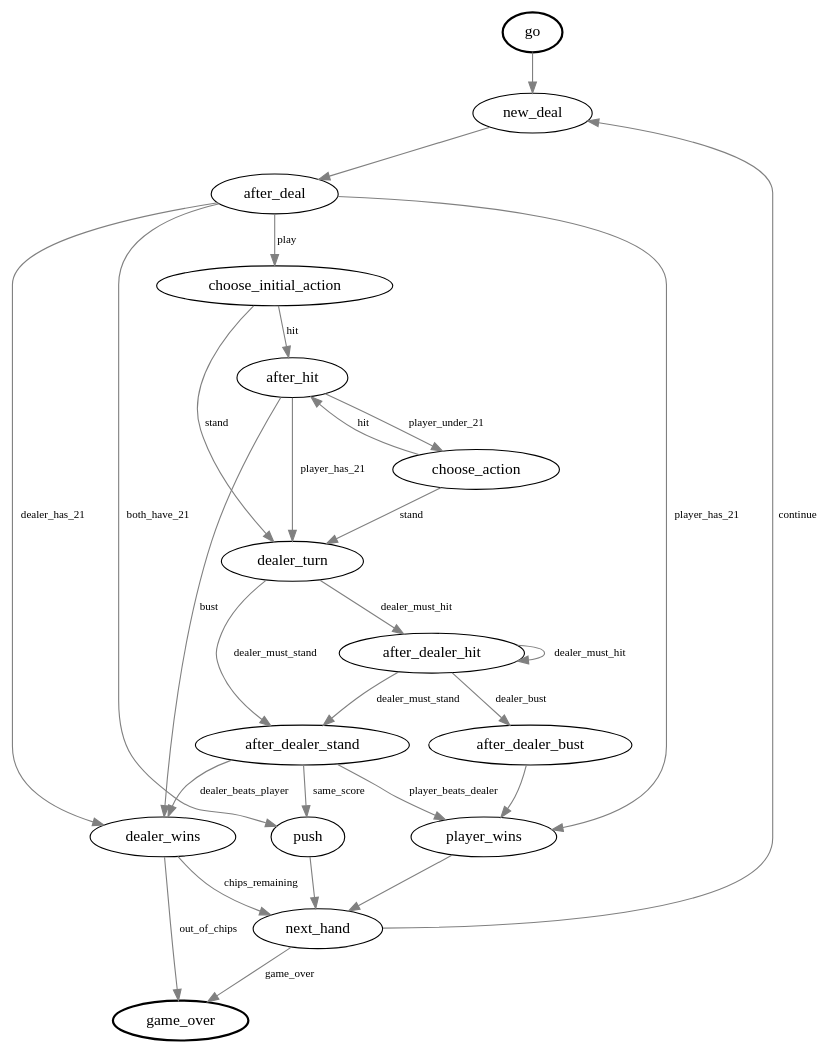
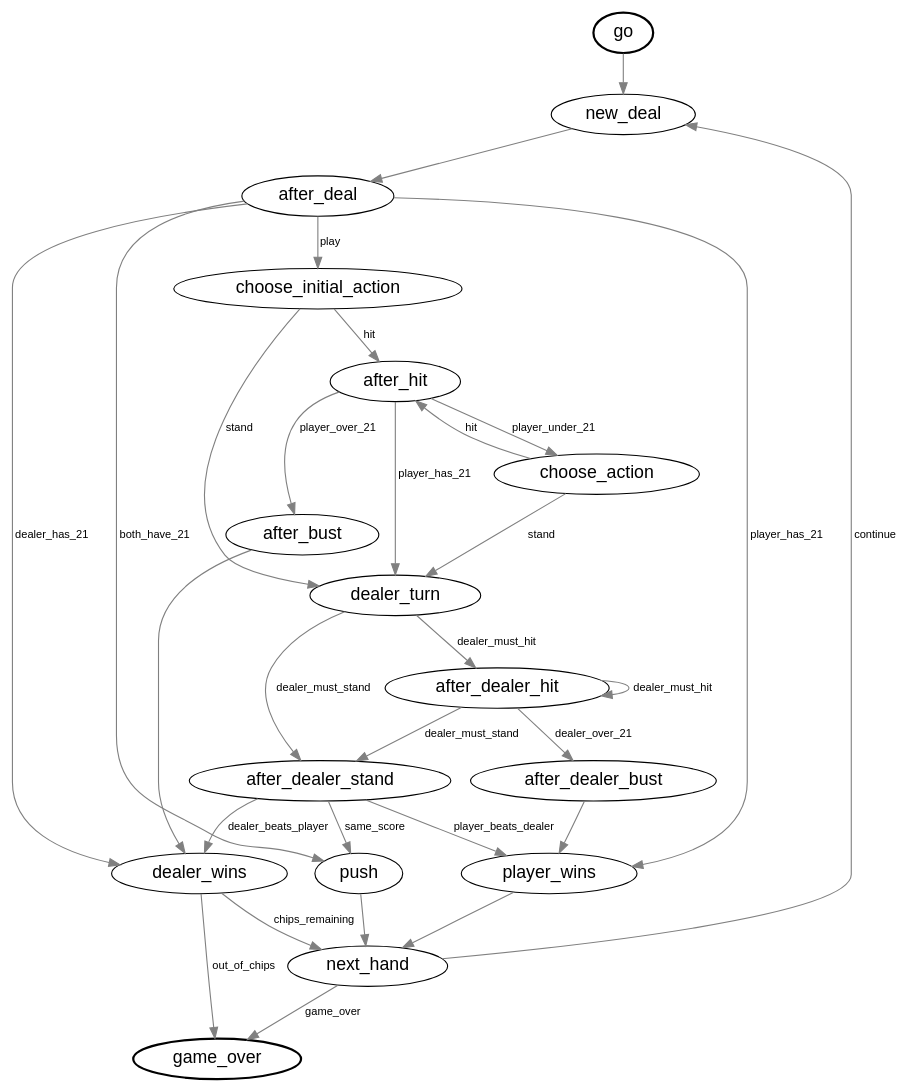
Before and after one commit to kristopherjohnson/blackjack-prolog: the diagram in blackjack_sm.gv, drawn with Graphviz. The commit also changed 5 other files, not shown here.

```diff
--- a/blackjack_sm.gv
+++ b/blackjack_sm.gv
@@ -1,54 +1,58 @@
 /* State machine diagram for Blackjack           */
 /*                                               */
 /* Build with Graphviz:                          */
 /*                                               */
 /*  dot -Tpng blackjack_sm.gv >blackjack_sm.png  */
 
 digraph blackjack {
 
-edge [ fontsize=10, color=gray, arrowtail=odot ];
+node [ fontname="helvetica", fontsize=16 ];
+
+edge [ fontname="helvetica", fontsize=10, color=gray ];
 
 go        [ style=bold ];
 game_over [ style=bold ];
 
 go -> new_deal;
 
 new_deal -> after_deal;
 
 next_hand -> new_deal                  [ label="continue" ];
 next_hand -> game_over                 [ label="game_over"     ];
 
 player_wins -> next_hand;
 push -> next_hand;
 dealer_wins -> next_hand               [ label="chips_remaining" ];
 dealer_wins -> game_over               [ label="out_of_chips" ];
 
 after_deal -> push                     [ label="both_have_21" ];
 after_deal -> player_wins              [ label="player_has_21" ];
 after_deal -> dealer_wins              [ label="dealer_has_21" ];
 after_deal -> choose_initial_action    [ label="play" ];
 
 choose_initial_action -> after_hit     [ label="hit" ];
 choose_initial_action -> dealer_turn   [ label="stand" ];
 
-after_hit -> dealer_wins               [ label="bust" ];
+after_hit -> after_bust                [ label="player_over_21" ];
 after_hit -> dealer_turn               [ label="player_has_21" ];
 after_hit -> choose_action             [ label="player_under_21" ];
 
 choose_action -> after_hit             [ label="hit" ];
 choose_action -> dealer_turn           [ label="stand" ];
 
+after_bust -> dealer_wins;
+
 dealer_turn -> after_dealer_hit        [ label="dealer_must_hit" ];
 dealer_turn -> after_dealer_stand      [ label="dealer_must_stand" ];
 
 after_dealer_hit -> after_dealer_hit   [ label="dealer_must_hit" ];
 after_dealer_hit -> after_dealer_stand [ label="dealer_must_stand" ];
-after_dealer_hit -> after_dealer_bust  [ label="dealer_bust" ];
+after_dealer_hit -> after_dealer_bust  [ label="dealer_over_21" ];
 
 after_dealer_stand -> player_wins      [ label="player_beats_dealer" ];
 after_dealer_stand -> dealer_wins      [ label="dealer_beats_player" ];
 after_dealer_stand -> push             [ label="same_score" ];
 
 after_dealer_bust -> player_wins;
 
 }
```
